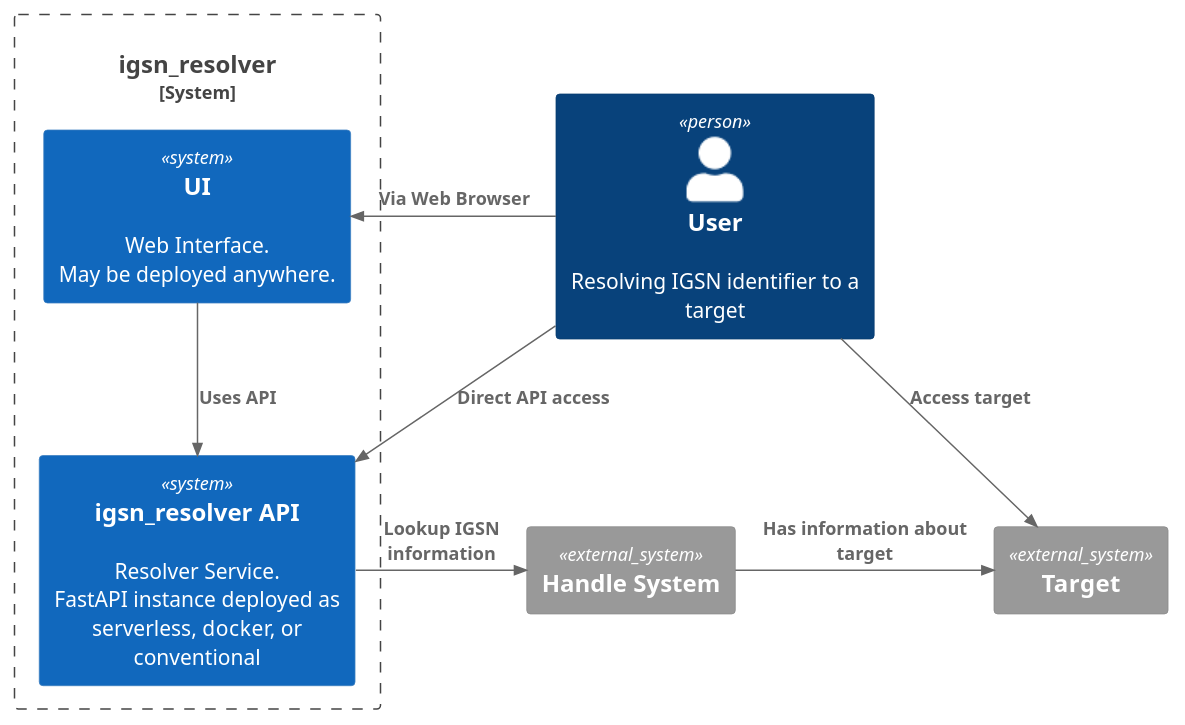
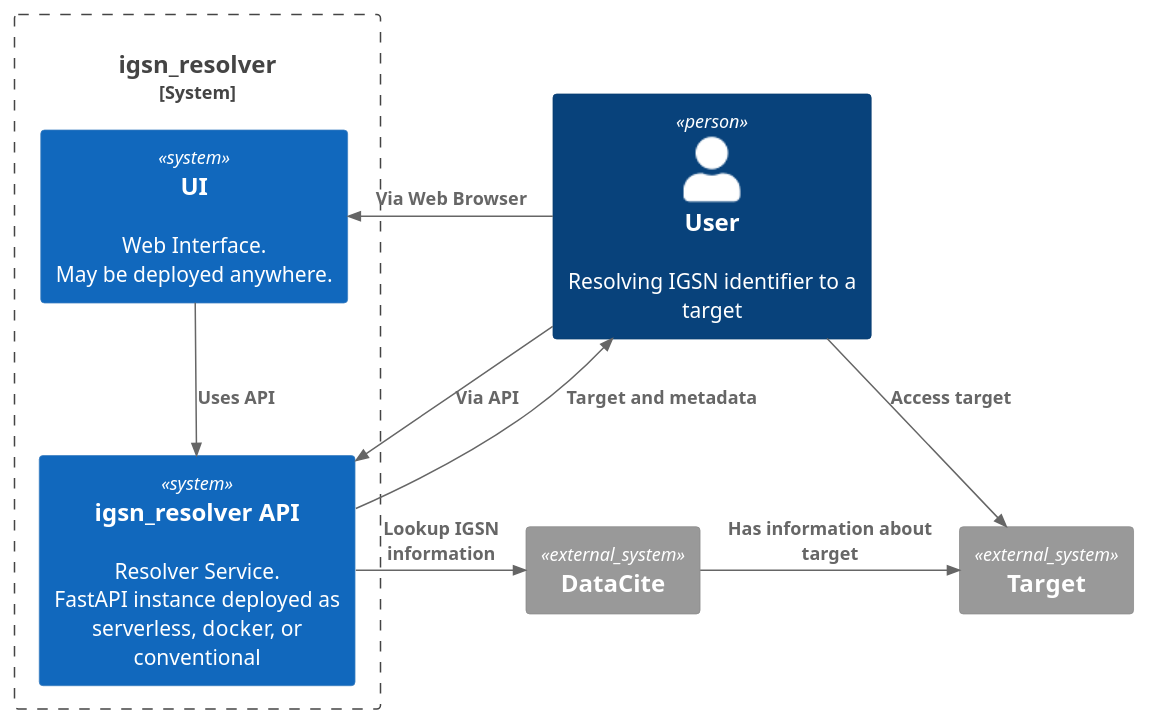
The diagram in UML/container.puml (datadavev/igsn_resolver), drawn with PlantUML before and after one commit. The commit also changed 2 other files, not shown here.

```diff
--- a/UML/container.puml
+++ b/UML/container.puml
@@ -1,17 +1,18 @@
 @startuml
 !include https://raw.githubusercontent.com/plantuml-stdlib/C4-PlantUML/master/C4_Container.puml
 
 Person(user, "User", "Resolving IGSN identifier to a target")
 System_Boundary(ir, "igsn_resolver") {
     System(rui, "UI", "Web Interface.\nMay be deployed anywhere.")
     System(rigsn, "igsn_resolver API", "Resolver Service.\nFastAPI instance deployed as serverless, docker, or conventional")
     Rel(rui, rigsn, "Uses API")
 }
-System_Ext(hdl, "Handle System")
+System_Ext(hdl, "DataCite")
 System_Ext(target, "Target")
 Rel_L(user, rui, "Via Web Browser")
-Rel(user, rigsn, "Direct API access")
+Rel(user, rigsn, "Via API")
+Rel(rigsn, user, "Target and metadata")
 Rel_R(rigsn, hdl, "Lookup IGSN information")
 Rel(user, target, "Access target")
 Rel_R(hdl, target, "Has information about target")
 @enduml
```
